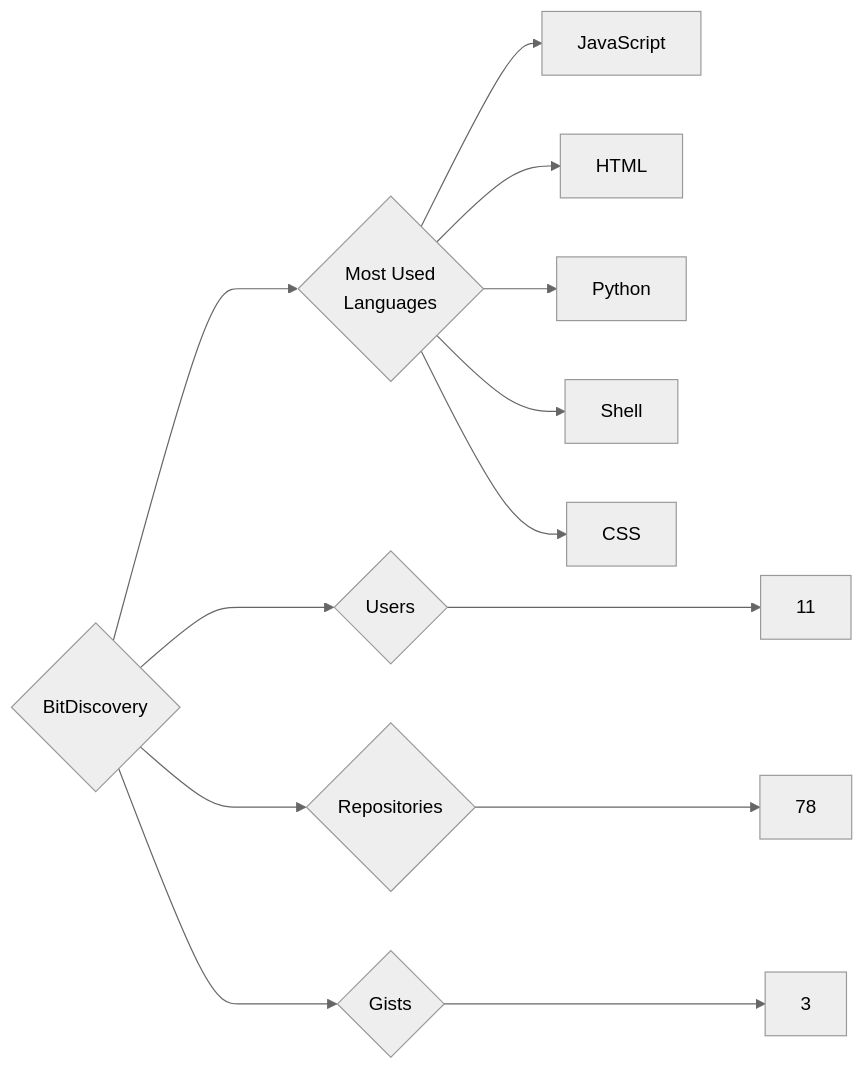
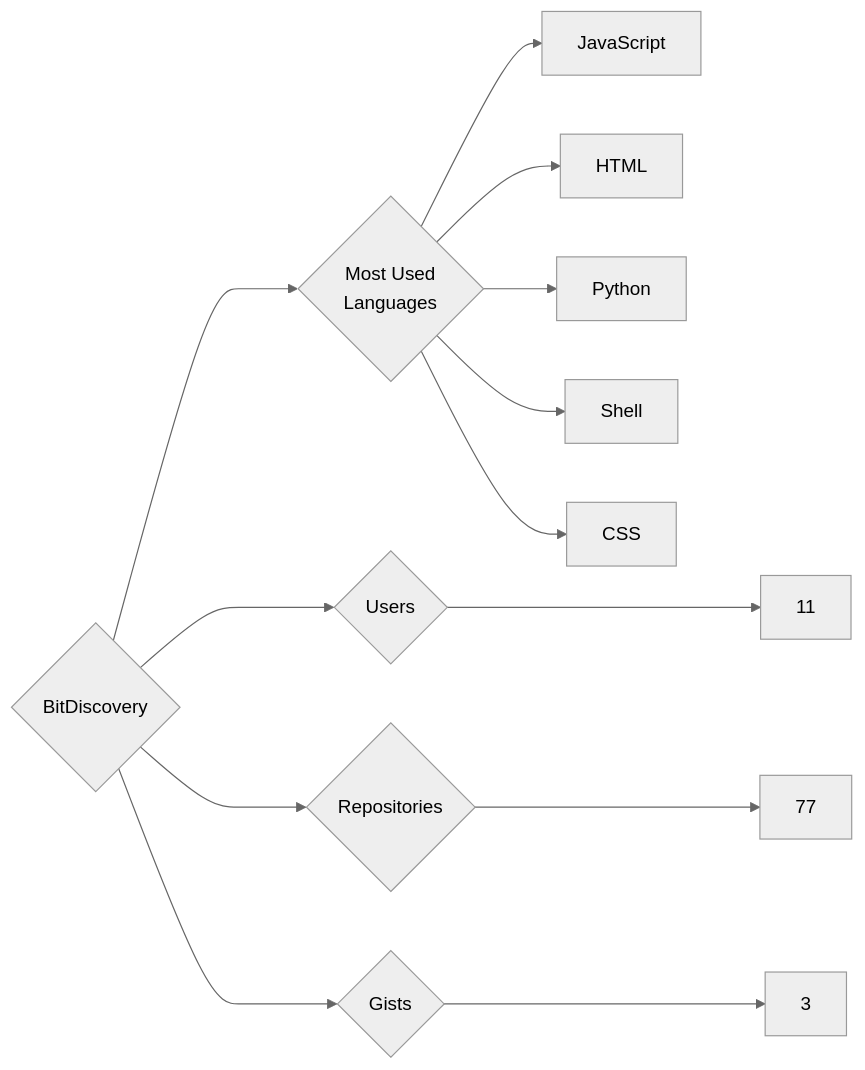
The diagram in targets/BitDiscovery/README.md (trickest/insiders), drawn with Mermaid (neutral theme) before and after one commit. The commit also changed 1212 other files, not shown here.

````diff
--- a/targets/BitDiscovery/README.md
+++ b/targets/BitDiscovery/README.md
@@ -3,13 +3,13 @@
 ```mermaid
 graph LR
 COMPANY_NAME{BitDiscovery}
 COMPANY_NAME ---> U{Users} ---> UN[11]
-COMPANY_NAME ---> R{Repositories} ---> RN[78]
+COMPANY_NAME ---> R{Repositories} ---> RN[77]
 COMPANY_NAME ---> G{Gists} ---> GN[3]
 COMPANY_NAME ---> ML{Most Used<br>Languages}
 ML --> JavaScript[JavaScript]
 ML --> HTML[HTML]
 ML --> Python[Python]
 ML --> Shell[Shell]
 ML --> CSS[CSS]
 ```
````
